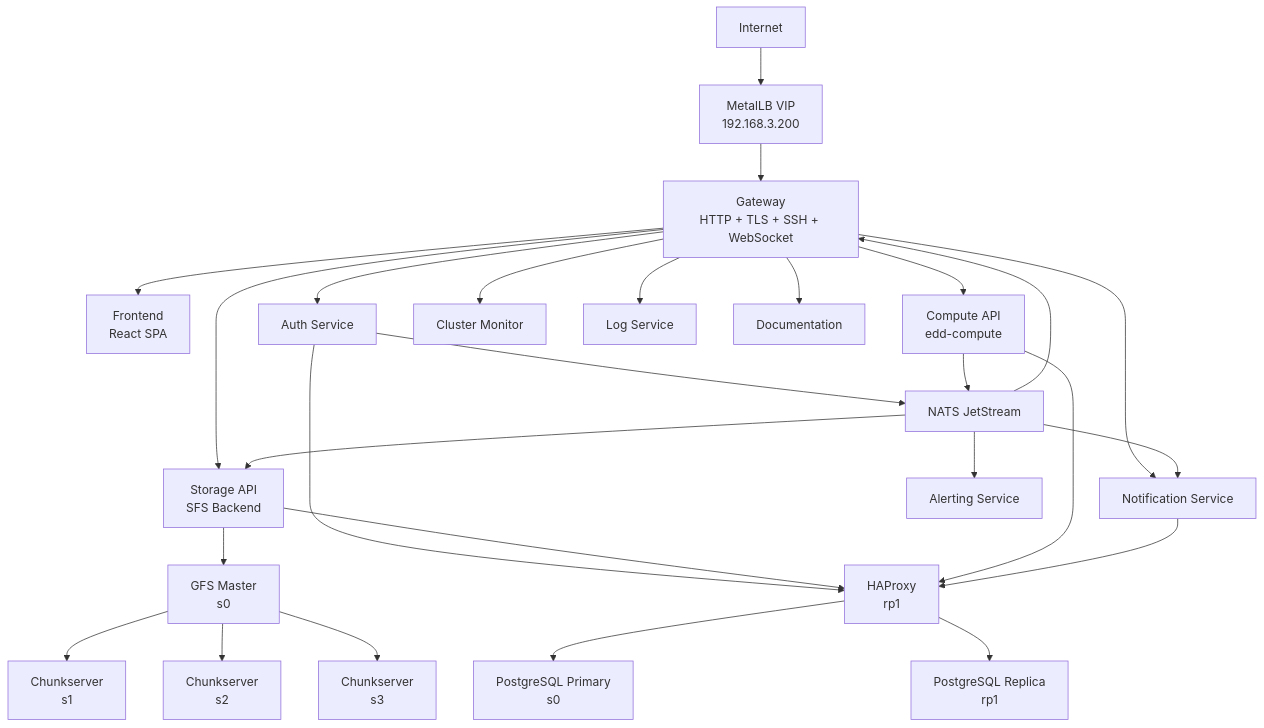
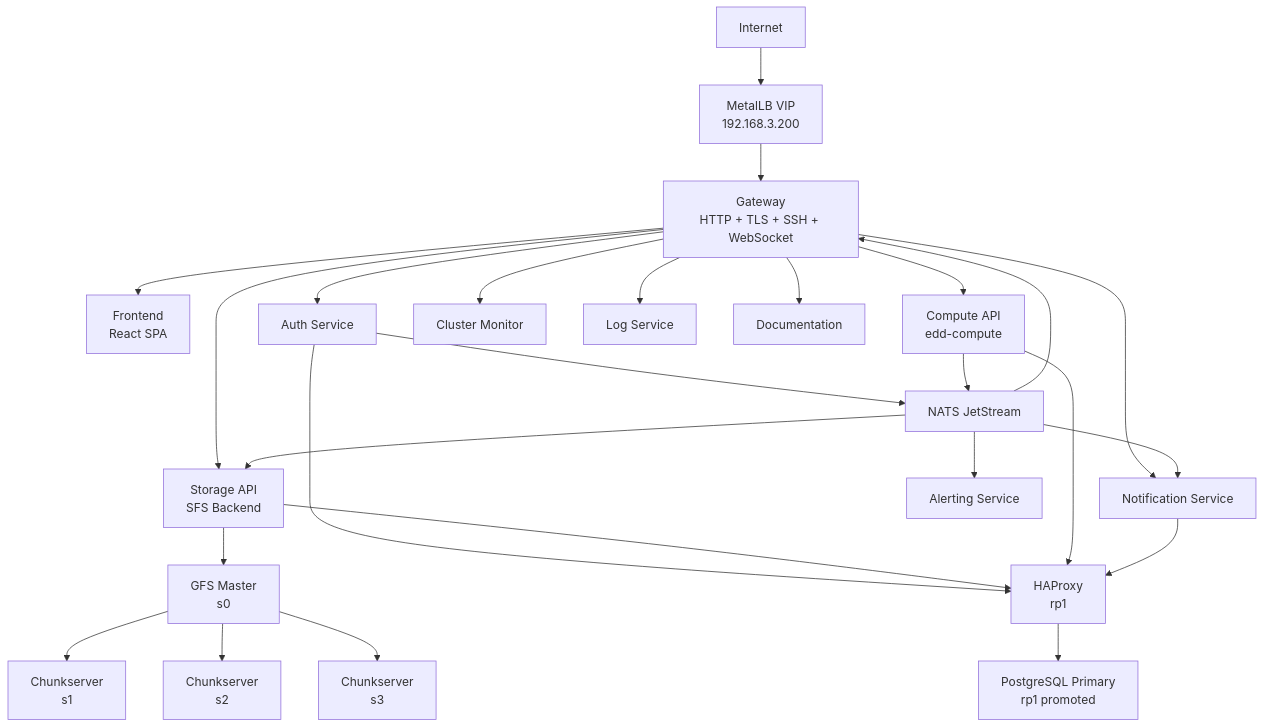
The first of 2 diagrams in edd-cloud-docs/docs/architecture.md (EddisonSo/cloud), drawn with Mermaid before and after one commit. The commit also changed other lines of this file and 8 other files, not shown here.

````diff
--- a/edd-cloud-docs/docs/architecture.md
+++ b/edd-cloud-docs/docs/architecture.md
@@ -11,35 +11,34 @@
 ```mermaid
 flowchart TB
     Internet[Internet]
 
     Internet --> MetalLB[MetalLB VIP<br/>192.168.3.200]
     MetalLB --> Gateway[Gateway<br/>HTTP + TLS + SSH + WebSocket]
 
     Gateway --> Frontend[Frontend<br/>React SPA]
     Gateway --> Auth[Auth Service]
     Gateway --> Storage[Storage API<br/>SFS Backend]
     Gateway --> Compute[Compute API<br/>edd-compute]
     Gateway --> Health[Cluster Monitor]
     Gateway --> Logs[Log Service]
     Gateway --> Notif[Notification Service]
     Gateway --> Docs[Documentation]
 
     Auth --> NATS[NATS JetStream]
     Compute --> NATS
     NATS --> Storage
     NATS --> Gateway
     NATS --> Notif
     NATS --> Alerting[Alerting Service]
 
     Storage --> GFSMaster[GFS Master<br/>s0]
     GFSMaster --> Chunk1[Chunkserver<br/>s1]
     GFSMaster --> Chunk2[Chunkserver<br/>s2]
     GFSMaster --> Chunk3[Chunkserver<br/>s3]
 
     Auth --> HAProxy[HAProxy<br/>rp1]
     Storage --> HAProxy
     Compute --> HAProxy
     Notif --> HAProxy
-    HAProxy --> PGPrimary[PostgreSQL Primary<br/>s0]
-    HAProxy --> PGReplica[PostgreSQL Replica<br/>rp1]
+    HAProxy --> PGPrimary[PostgreSQL Primary<br/>rp1 promoted]
 ```
````
